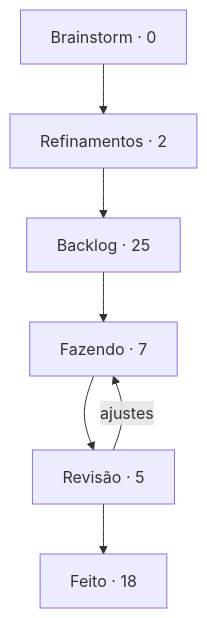
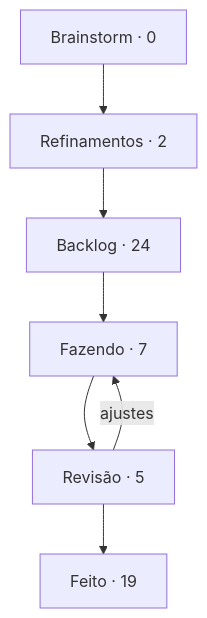
The diagram in boards/dungeon-bend/BOARD.md (StudioVibi/VibiKanban), drawn with Mermaid before and after one commit. The commit also changed other lines of this file and 2 other files, not shown here.

````diff
--- a/boards/dungeon-bend/BOARD.md
+++ b/boards/dungeon-bend/BOARD.md
@@ -5,12 +5,12 @@
 ```mermaid
 flowchart TD
   brainstorm["Brainstorm · 0"] --> refinamentos["Refinamentos · 2"]
-  refinamentos --> backlog["Backlog · 25"]
+  refinamentos --> backlog["Backlog · 24"]
   backlog --> doing["Fazendo · 7"]
   doing --> review["Revisão · 5"]
-  review --> done["Feito · 18"]
+  review --> done["Feito · 19"]
   review -->|ajustes| doing
   doing:::blue
   review:::yellow
   done:::green
 ```
````
